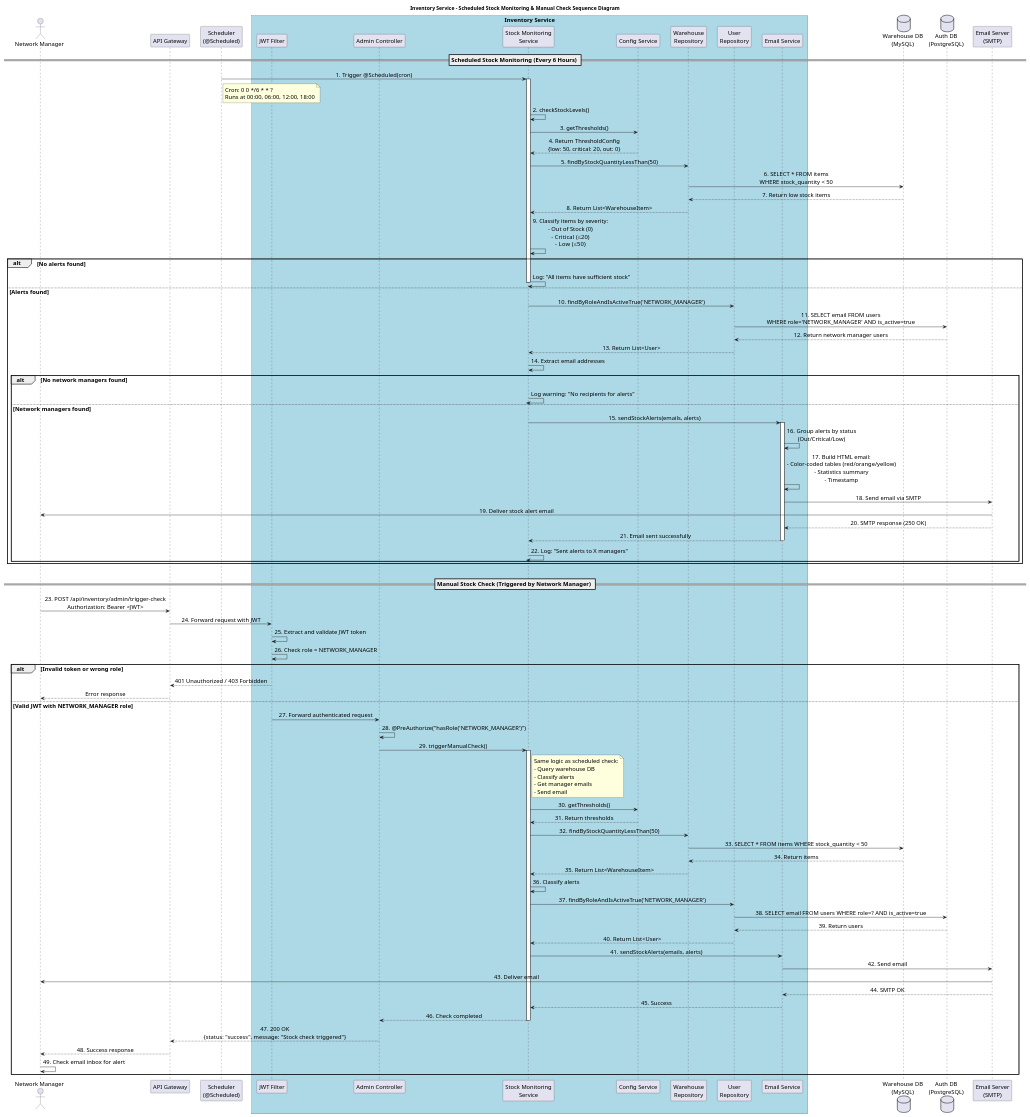
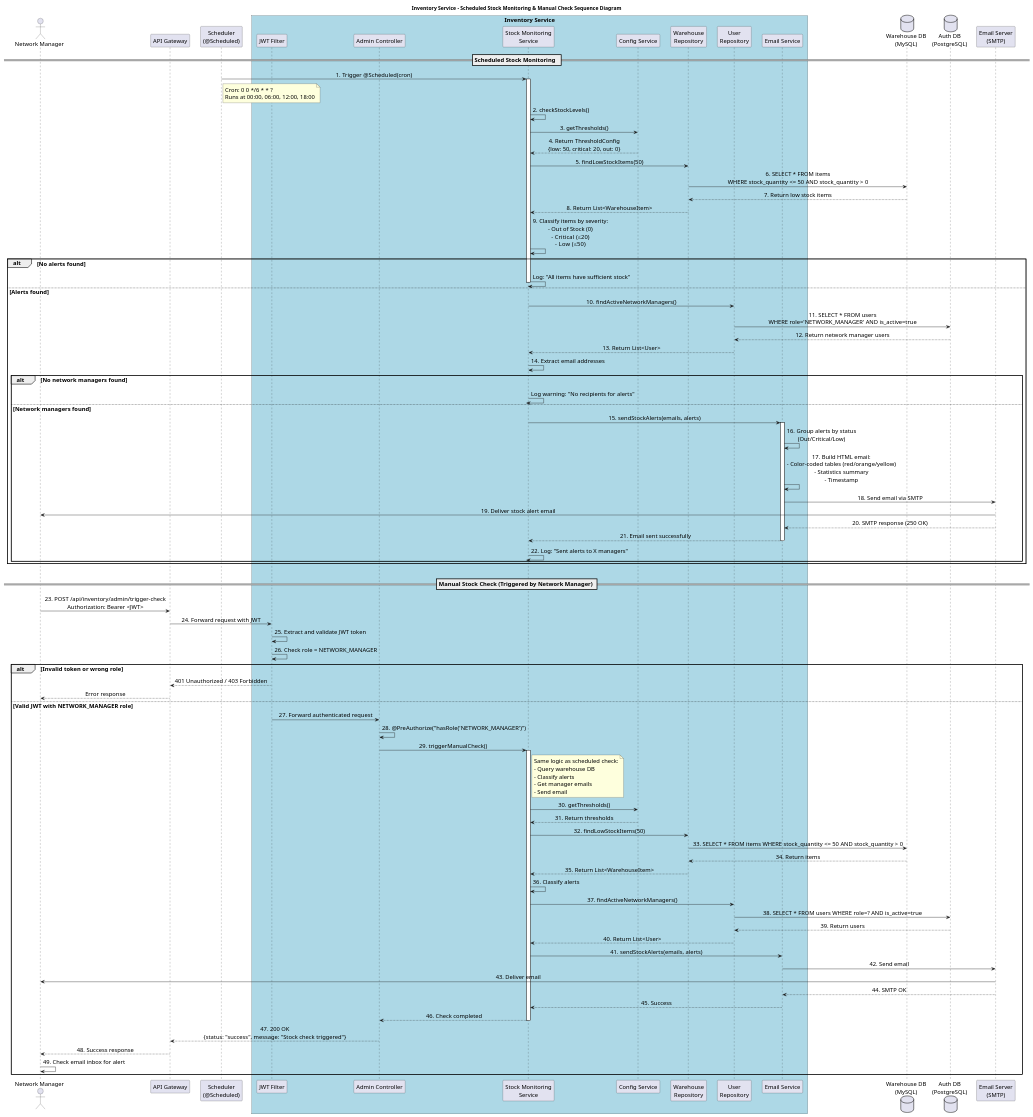
Before and after one commit to Alex180504/DE-store: the diagram in Docs/inventory-service/sequence.puml, drawn with PlantUML. The commit also changed 21 other files, not shown here.

Commit message:
More UML diagrams

```diff
--- a/Docs/inventory-service/sequence.puml
+++ b/Docs/inventory-service/sequence.puml
@@ -1,138 +1,138 @@
 @startuml
 
 skinparam defaultFontSize 16
 skinparam sequenceMessageAlign center
 skinparam ParticipantPadding 10
 skinparam BoxPadding 10
 
 title Inventory Service - Scheduled Stock Monitoring & Manual Check Sequence Diagram
 
 actor "Network Manager" as netMgr
 participant "API Gateway" as apiGw
 participant "Scheduler\n(@Scheduled)" as scheduler
 box "Inventory Service" #LightBlue
     participant "JWT Filter" as jwtFilter
     participant "Admin Controller" as controller
     participant "Stock Monitoring\nService" as monitoringService
     participant "Config Service" as configService
     participant "Warehouse\nRepository" as warehouseRepo
     participant "User\nRepository" as userRepo
     participant "Email Service" as emailService
 end box
 database "Warehouse DB\n(MySQL)" as warehouseDB
 database "Auth DB\n(PostgreSQL)" as authDB
 participant "Email Server\n(SMTP)" as mailServer
 
-== Scheduled Stock Monitoring (Every 6 Hours) ==
+== Scheduled Stock Monitoring  ==
 
 scheduler -> monitoringService: 1. Trigger @Scheduled(cron)
 activate monitoringService
 
 note right of scheduler
   Cron: 0 0 */6 * * ?
   Runs at 00:00, 06:00, 12:00, 18:00
 end note
 
 monitoringService -> monitoringService: 2. checkStockLevels()
 monitoringService -> configService: 3. getThresholds()
 configService --> monitoringService: 4. Return ThresholdConfig\n{low: 50, critical: 20, out: 0}
 
-monitoringService -> warehouseRepo: 5. findByStockQuantityLessThan(50)
-warehouseRepo -> warehouseDB: 6. SELECT * FROM items\nWHERE stock_quantity < 50
+monitoringService -> warehouseRepo: 5. findLowStockItems(50)
+warehouseRepo -> warehouseDB: 6. SELECT * FROM items\nWHERE stock_quantity <= 50 AND stock_quantity > 0
 warehouseDB --> warehouseRepo: 7. Return low stock items
 warehouseRepo --> monitoringService: 8. Return List<WarehouseItem>
 
 monitoringService -> monitoringService: 9. Classify items by severity:\n- Out of Stock (0)\n- Critical (≤20)\n- Low (≤50)
 
 alt No alerts found
     monitoringService -> monitoringService: Log: "All items have sufficient stock"
     deactivate monitoringService
 else Alerts found
-    monitoringService -> userRepo: 10. findByRoleAndIsActiveTrue('NETWORK_MANAGER')
-    userRepo -> authDB: 11. SELECT email FROM users\nWHERE role='NETWORK_MANAGER' AND is_active=true
+    monitoringService -> userRepo: 10. findActiveNetworkManagers()
+    userRepo -> authDB: 11. SELECT * FROM users\nWHERE role='NETWORK_MANAGER' AND is_active=true
     authDB --> userRepo: 12. Return network manager users
     userRepo --> monitoringService: 13. Return List<User>
     
     monitoringService -> monitoringService: 14. Extract email addresses
     
     alt No network managers found
         monitoringService -> monitoringService: Log warning: "No recipients for alerts"
         deactivate monitoringService
     else Network managers found
         monitoringService -> emailService: 15. sendStockAlerts(emails, alerts)
         activate emailService
         
         emailService -> emailService: 16. Group alerts by status\n(Out/Critical/Low)
         emailService -> emailService: 17. Build HTML email:\n- Color-coded tables (red/orange/yellow)\n- Statistics summary\n- Timestamp
         
         emailService -> mailServer: 18. Send email via SMTP
         mailServer -> netMgr: 19. Deliver stock alert email
         
         mailServer --> emailService: 20. SMTP response (250 OK)
         emailService --> monitoringService: 21. Email sent successfully
         deactivate emailService
         
         monitoringService -> monitoringService: 22. Log: "Sent alerts to X managers"
         deactivate monitoringService
     end
 end
 
 |||
 
 == Manual Stock Check (Triggered by Network Manager) ==
 
 netMgr -> apiGw: 23. POST /api/inventory/admin/trigger-check\nAuthorization: Bearer <JWT>
 apiGw -> jwtFilter: 24. Forward request with JWT
 
 jwtFilter -> jwtFilter: 25. Extract and validate JWT token
 jwtFilter -> jwtFilter: 26. Check role = NETWORK_MANAGER
 
 alt Invalid token or wrong role
     jwtFilter --> apiGw: 401 Unauthorized / 403 Forbidden
     apiGw --> netMgr: Error response
 else Valid JWT with NETWORK_MANAGER role
     jwtFilter -> controller: 27. Forward authenticated request
     controller -> controller: 28. @PreAuthorize("hasRole('NETWORK_MANAGER')")
     
     controller -> monitoringService: 29. triggerManualCheck()
     activate monitoringService
     
     note right of monitoringService
       Same logic as scheduled check:
       - Query warehouse DB
       - Classify alerts
       - Get manager emails
       - Send email
     end note
     
     monitoringService -> configService: 30. getThresholds()
     configService --> monitoringService: 31. Return thresholds
     
-    monitoringService -> warehouseRepo: 32. findByStockQuantityLessThan(50)
-    warehouseRepo -> warehouseDB: 33. SELECT * FROM items WHERE stock_quantity < 50
+    monitoringService -> warehouseRepo: 32. findLowStockItems(50)
+    warehouseRepo -> warehouseDB: 33. SELECT * FROM items WHERE stock_quantity <= 50 AND stock_quantity > 0
     warehouseDB --> warehouseRepo: 34. Return items
     warehouseRepo --> monitoringService: 35. Return List<WarehouseItem>
     
     monitoringService -> monitoringService: 36. Classify alerts
     
-    monitoringService -> userRepo: 37. findByRoleAndIsActiveTrue('NETWORK_MANAGER')
-    userRepo -> authDB: 38. SELECT email FROM users WHERE role=? AND is_active=true
+    monitoringService -> userRepo: 37. findActiveNetworkManagers()
+    userRepo -> authDB: 38. SELECT * FROM users WHERE role=? AND is_active=true
     authDB --> userRepo: 39. Return users
     userRepo --> monitoringService: 40. Return List<User>
     
     monitoringService -> emailService: 41. sendStockAlerts(emails, alerts)
     emailService -> mailServer: 42. Send email
     mailServer -> netMgr: 43. Deliver email
     mailServer --> emailService: 44. SMTP OK
     emailService --> monitoringService: 45. Success
     
     monitoringService --> controller: 46. Check completed
     deactivate monitoringService
     
     controller --> apiGw: 47. 200 OK\n{status: "success", message: "Stock check triggered"}
     apiGw --> netMgr: 48. Success response
     
     netMgr -> netMgr: 49. Check email inbox for alert
 end
 
 @enduml
```
